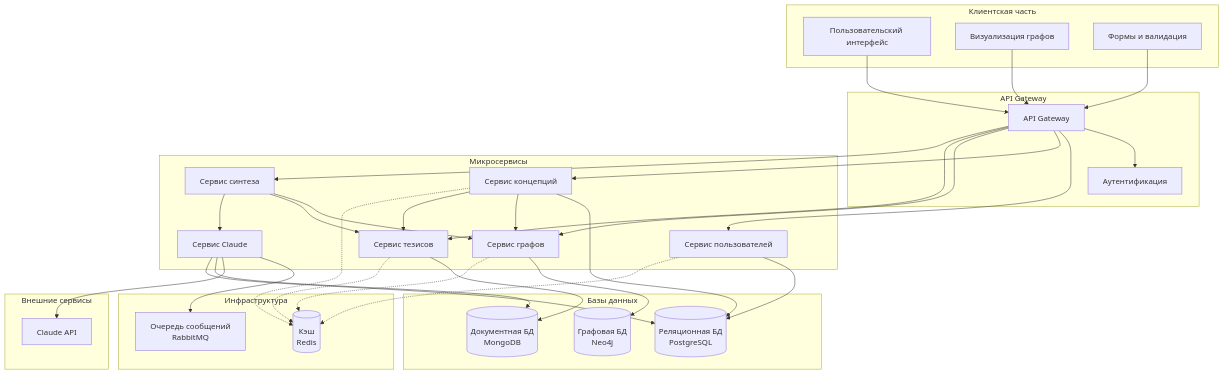
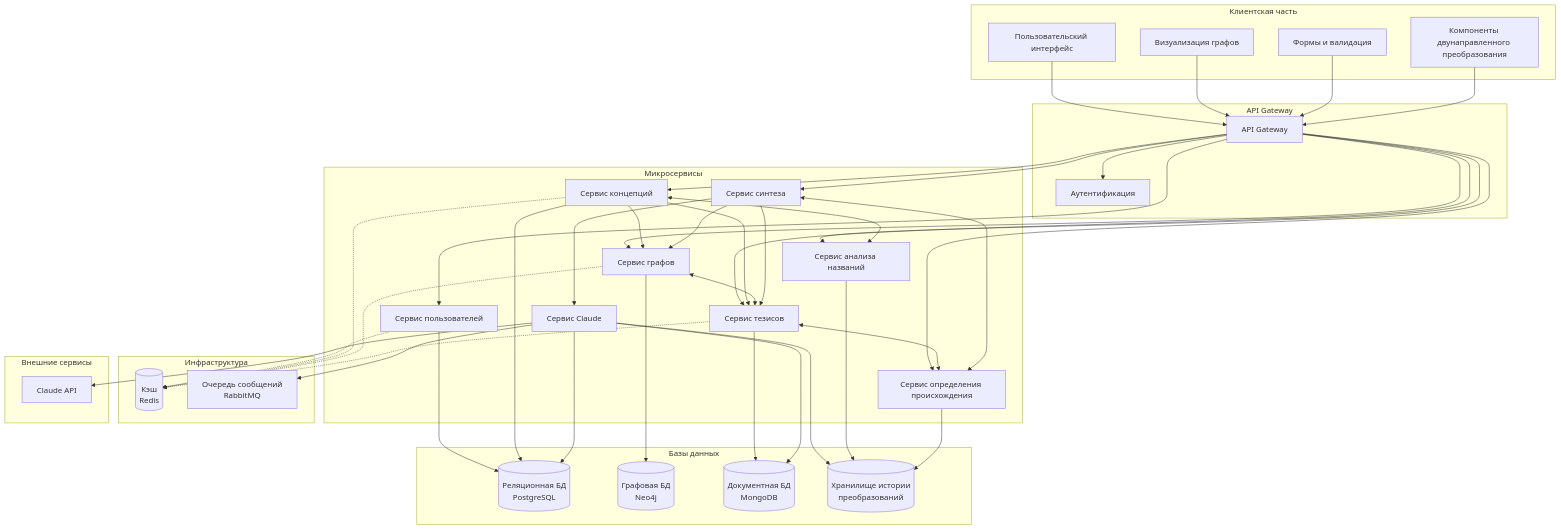
The diagram in system-architecture.mmd (Ranatar/philosophical-concepts-omnidirectional), drawn with Mermaid before and after one commit. The commit also changed 10 other files, not shown here.

```diff
--- a/system-architecture.mmd
+++ b/system-architecture.mmd
@@ -1,67 +1,84 @@
 flowchart TB
     subgraph "Клиентская часть"
         UI[Пользовательский интерфейс]
         VIS[Визуализация графов]
         FORMS[Формы и валидация]
+        BIDIR[Компоненты двунаправленного преобразования]
     end
 
     subgraph "API Gateway"
         GATEWAY[API Gateway]
         AUTH[Аутентификация]
     end
 
     subgraph "Микросервисы"
         USER_SERVICE[Сервис пользователей]
         CONCEPT_SERVICE[Сервис концепций]
         GRAPH_SERVICE[Сервис графов]
         THESIS_SERVICE[Сервис тезисов]
         SYNTHESIS_SERVICE[Сервис синтеза]
         CLAUDE_SERVICE[Сервис Claude]
+        NAME_SERVICE[Сервис анализа названий]
+        ORIGIN_SERVICE[Сервис определения происхождения]
     end
 
     subgraph "Базы данных"
         RELATIONAL_DB[(Реляционная БД\nPostgreSQL)]
         GRAPH_DB[(Графовая БД\nNeo4j)]
         DOCUMENT_DB[(Документная БД\nMongoDB)]
+        TRANSFORMATION_DB[(Хранилище истории\nпреобразований)]
     end
 
     subgraph "Инфраструктура"
         CACHE[(Кэш\nRedis)]
         MQ[Очередь сообщений\nRabbitMQ]
     end
 
     subgraph "Внешние сервисы"
         CLAUDE_API[Claude API]
     end
 
     UI --> GATEWAY
     VIS --> GATEWAY
     FORMS --> GATEWAY
+    BIDIR --> GATEWAY
 
     GATEWAY --> AUTH
     GATEWAY --> USER_SERVICE
     GATEWAY --> CONCEPT_SERVICE
     GATEWAY --> GRAPH_SERVICE
     GATEWAY --> THESIS_SERVICE
     GATEWAY --> SYNTHESIS_SERVICE
+    GATEWAY --> NAME_SERVICE
+    GATEWAY --> ORIGIN_SERVICE
 
     USER_SERVICE --> RELATIONAL_DB
     CONCEPT_SERVICE --> RELATIONAL_DB
     CONCEPT_SERVICE --> GRAPH_SERVICE
     CONCEPT_SERVICE --> THESIS_SERVICE
+    CONCEPT_SERVICE <--> NAME_SERVICE
 
     GRAPH_SERVICE --> GRAPH_DB
+    GRAPH_SERVICE <--> THESIS_SERVICE
+    
     THESIS_SERVICE --> DOCUMENT_DB
+    THESIS_SERVICE <--> ORIGIN_SERVICE
+    
     SYNTHESIS_SERVICE --> GRAPH_SERVICE
     SYNTHESIS_SERVICE --> THESIS_SERVICE
     SYNTHESIS_SERVICE --> CLAUDE_SERVICE
+    SYNTHESIS_SERVICE <--> ORIGIN_SERVICE
 
     USER_SERVICE -.-> CACHE
     CONCEPT_SERVICE -.-> CACHE
     GRAPH_SERVICE -.-> CACHE
     THESIS_SERVICE -.-> CACHE
 
     CLAUDE_SERVICE --> MQ
     CLAUDE_SERVICE --> CLAUDE_API
     CLAUDE_SERVICE --> DOCUMENT_DB
     CLAUDE_SERVICE --> RELATIONAL_DB
+    CLAUDE_SERVICE --> TRANSFORMATION_DB
+    
+    NAME_SERVICE --> TRANSFORMATION_DB
+    ORIGIN_SERVICE --> TRANSFORMATION_DB
```
